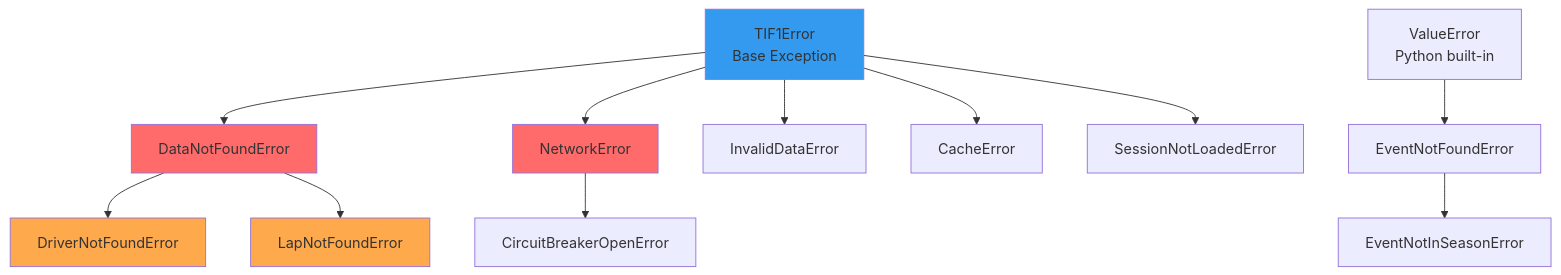
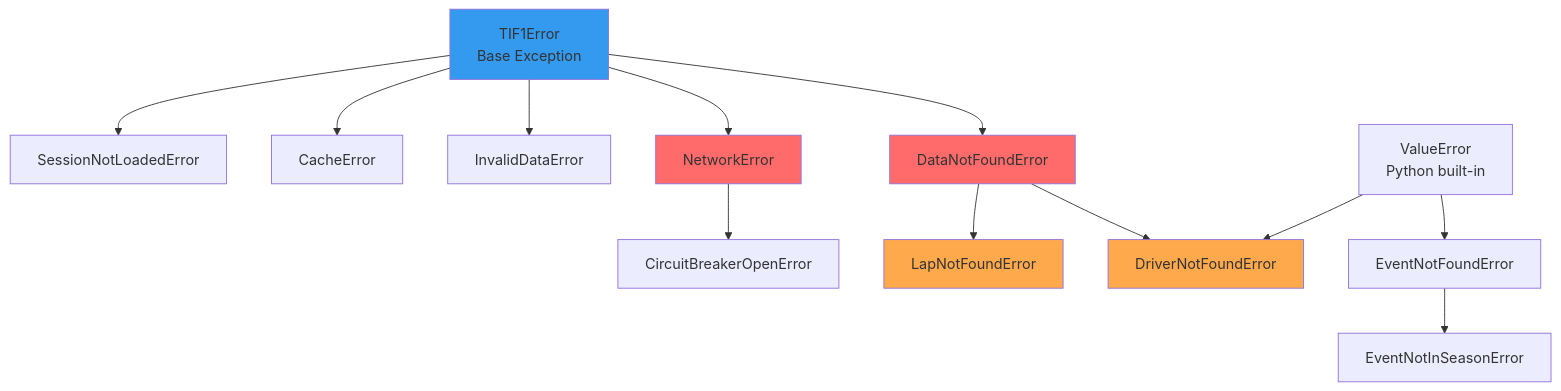
Before and after one commit to TracingInsights/tif1: the diagram in docs/guides/error-handling.mdx, drawn with Mermaid. The commit also changed other lines of this file and 84 other files, not shown here.

````diff
--- a/docs/guides/error-handling.mdx
+++ b/docs/guides/error-handling.mdx
@@ -16,24 +16,25 @@
 ```mermaid
 graph TD
     TIF1Error[TIF1Error<br/>Base Exception]
 
     TIF1Error --> DataNotFoundError
     TIF1Error --> NetworkError
     TIF1Error --> InvalidDataError
     TIF1Error --> CacheError
     TIF1Error --> SessionNotLoadedError
 
     DataNotFoundError --> DriverNotFoundError
     DataNotFoundError --> LapNotFoundError
     NetworkError --> CircuitBreakerOpenError
 
     ValueError[ValueError<br/>Python built-in]
     ValueError --> EventNotFoundError
+    ValueError --> DriverNotFoundError
     EventNotFoundError --> EventNotInSeasonError
 
     style TIF1Error fill:#339af0
     style DataNotFoundError fill:#ff6b6b
     style NetworkError fill:#ff6b6b
     style DriverNotFoundError fill:#ffa94d
     style LapNotFoundError fill:#ffa94d
 ```
````
